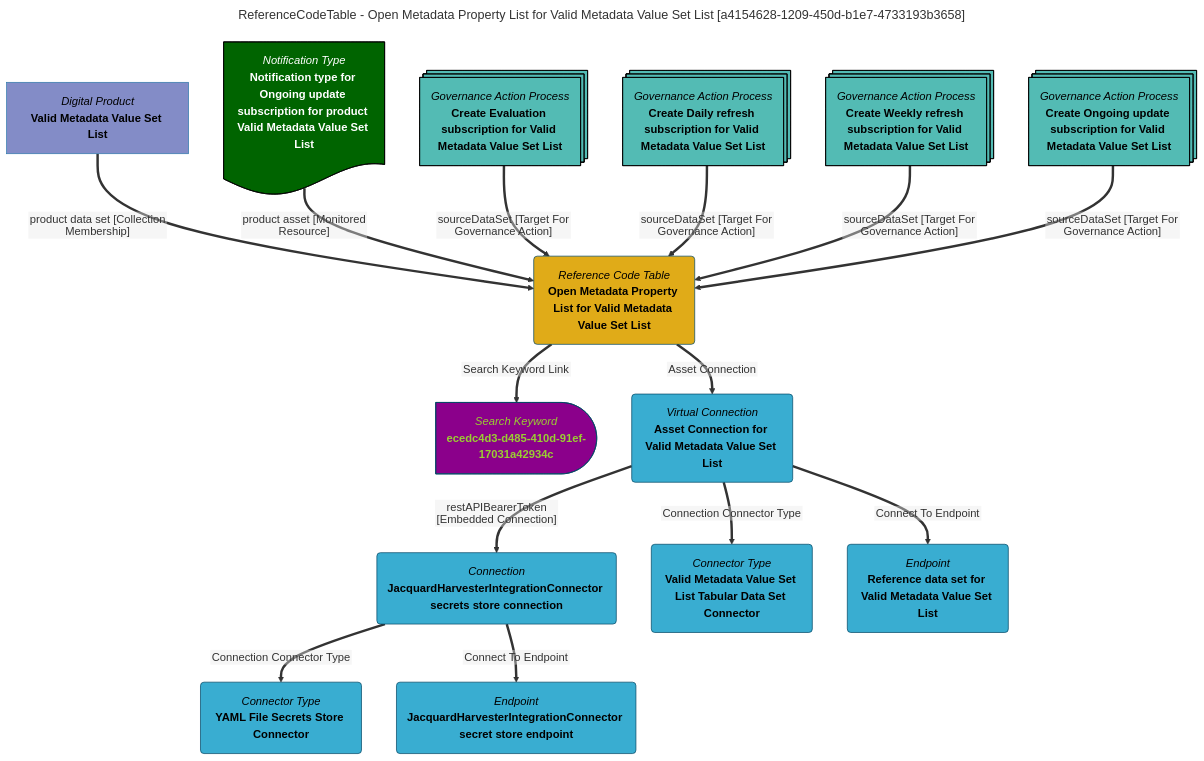
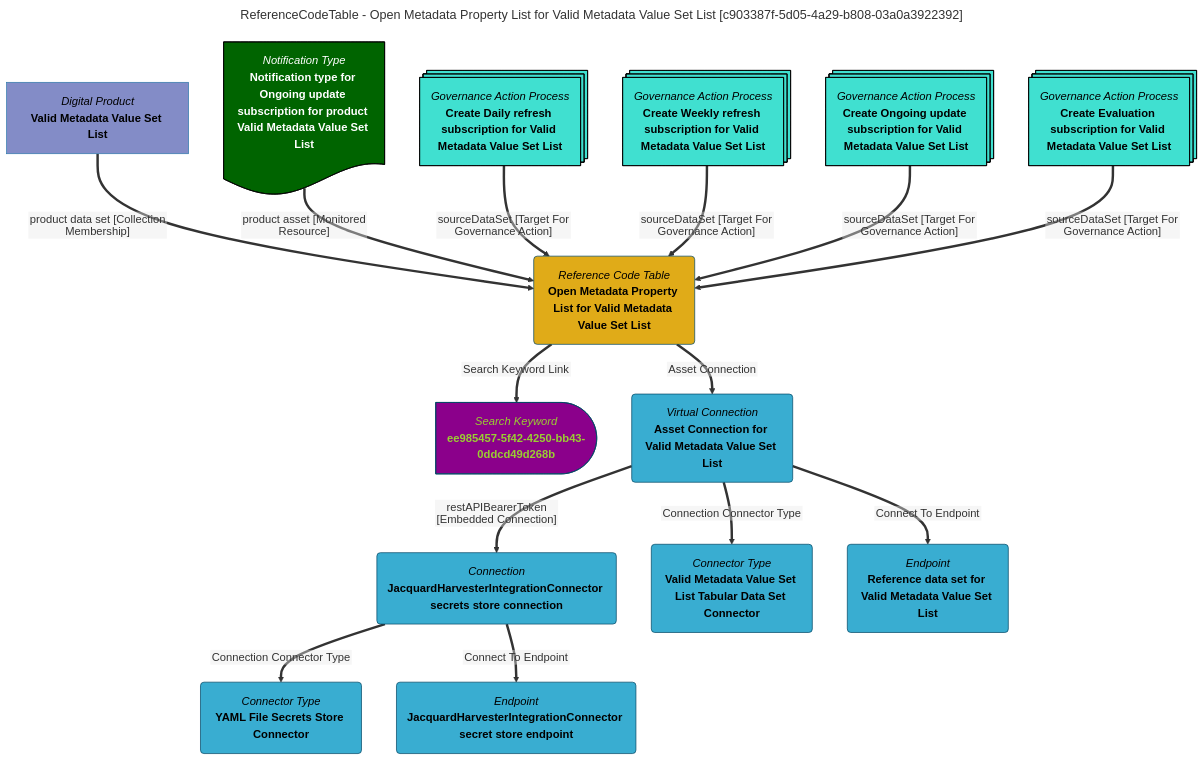
One commit to odpi/egeria-docs changed the diagram in site/snippets/data-assets/open-metadata-property-list-for-valid-metadata-value-set-list-mermaid-graph.md. Above: the diagram before and after it, drawn with Mermaid. The commit also changed 2201 other files, not shown here.

````diff
--- a/site/snippets/data-assets/open-metadata-property-list-for-valid-metadata-value-set-list-mermaid-graph.md
+++ b/site/snippets/data-assets/open-metadata-property-list-for-valid-metadata-value-set-list-mermaid-graph.md
@@ -1,63 +1,63 @@
 ```mermaid
 ---
-title: ReferenceCodeTable - Open Metadata Property List for Valid Metadata Value Set List [a4154628-1209-450d-b1e7-4733193b3658]
+title: ReferenceCodeTable - Open Metadata Property List for Valid Metadata Value Set List [c903387f-5d05-4a29-b808-03a0a3922392]
 ---
 flowchart TD
 %%{init: {"flowchart": {"htmlLabels": false}} }%%
 
 1@{ shape: rounded, label: "*Reference Code Table*
 **Open Metadata Property List for Valid Metadata Value Set List**"}
 2@{ shape: delay, label: "*Search Keyword*
-**ecedc4d3-d485-410d-91ef-17031a42934c**"}
+**ee985457-5f42-4250-bb43-0ddcd49d268b**"}
 1==>|"Search Keyword Link"|2
 3@{ shape: rect, label: "*Digital Product*
 **Valid Metadata Value Set List**"}
 3==>|"product data set [Collection Membership]"|1
 4@{ shape: rounded, label: "*Virtual Connection*
 **Asset Connection for Valid Metadata Value Set List**"}
 1==>|"Asset Connection"|4
 5@{ shape: rounded, label: "*Connection*
 **JacquardHarvesterIntegrationConnector secrets store connection**"}
 4==>|"restAPIBearerToken [Embedded Connection]"|5
 6@{ shape: rounded, label: "*Connector Type*
 **YAML File Secrets Store Connector**"}
 5==>|"Connection Connector Type"|6
 7@{ shape: rounded, label: "*Endpoint*
 **JacquardHarvesterIntegrationConnector secret store endpoint**"}
 5==>|"Connect To Endpoint"|7
 8@{ shape: rounded, label: "*Connector Type*
 **Valid Metadata Value Set List Tabular Data Set Connector**"}
 4==>|"Connection Connector Type"|8
 9@{ shape: rounded, label: "*Endpoint*
 **Reference data set for Valid Metadata Value Set List**"}
 4==>|"Connect To Endpoint"|9
 10@{ shape: doc, label: "*Notification Type*
 **Notification type for Ongoing update subscription for product Valid Metadata Value Set List**"}
 10==>|"product asset [Monitored Resource]"|1
 11@{ shape: processes, label: "*Governance Action Process*
-**Create Evaluation subscription for Valid Metadata Value Set List**"}
+**Create Daily refresh subscription for Valid Metadata Value Set List**"}
 11==>|"sourceDataSet [Target For Governance Action]"|1
 12@{ shape: processes, label: "*Governance Action Process*
-**Create Daily refresh subscription for Valid Metadata Value Set List**"}
+**Create Weekly refresh subscription for Valid Metadata Value Set List**"}
 12==>|"sourceDataSet [Target For Governance Action]"|1
 13@{ shape: processes, label: "*Governance Action Process*
-**Create Weekly refresh subscription for Valid Metadata Value Set List**"}
+**Create Ongoing update subscription for Valid Metadata Value Set List**"}
 13==>|"sourceDataSet [Target For Governance Action]"|1
 14@{ shape: processes, label: "*Governance Action Process*
-**Create Ongoing update subscription for Valid Metadata Value Set List**"}
+**Create Evaluation subscription for Valid Metadata Value Set List**"}
 14==>|"sourceDataSet [Target For Governance Action]"|1
-style 11 color:#000000, fill:#53bbb4, stroke:#000000
-style 12 color:#000000, fill:#53bbb4, stroke:#000000
-style 13 color:#000000, fill:#53bbb4, stroke:#000000
-style 14 color:#000000, fill:#53bbb4, stroke:#000000
+style 11 color:#000000, fill:#40E0D0, stroke:#000000
+style 12 color:#000000, fill:#40E0D0, stroke:#000000
+style 13 color:#000000, fill:#40E0D0, stroke:#000000
+style 14 color:#000000, fill:#40E0D0, stroke:#000000
 style 1 color:#000000, fill:#e0ab18, stroke:#004563
-style 2 color:#9acd32, fill:#8b008b, stroke:#004563
+style 2 color:#9ACD32, fill:#8B008B, stroke:#004563
 style 3 color:#000000, fill:#838cc7, stroke:#3079ab
 style 4 color:#000000, fill:#39add1, stroke:#004563
 style 5 color:#000000, fill:#39add1, stroke:#004563
 style 6 color:#000000, fill:#39add1, stroke:#004563
 style 7 color:#000000, fill:#39add1, stroke:#004563
 style 8 color:#000000, fill:#39add1, stroke:#004563
 style 9 color:#000000, fill:#39add1, stroke:#004563
 style 10 color:#FFFFFF, fill:#006400, stroke:#000000
 ```
````
